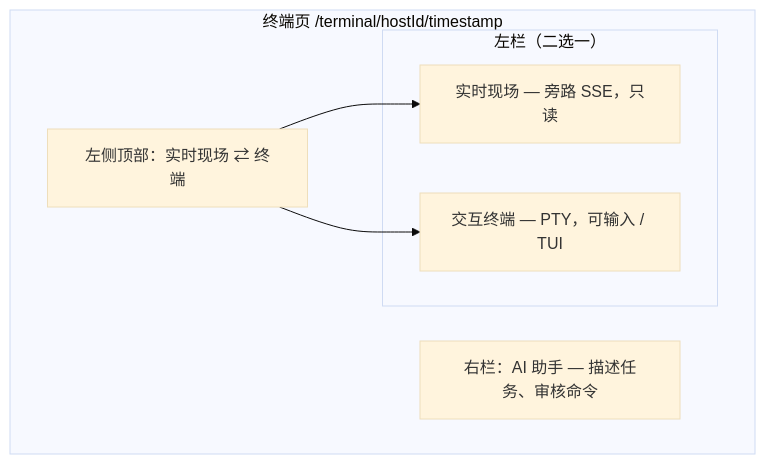
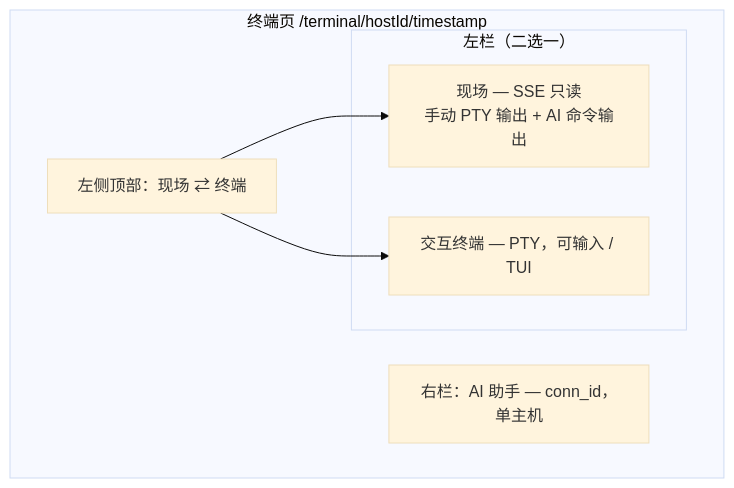
One commit to reactphp-x/web-ssh changed the second of 5 diagrams in README.md. Above: the diagram before and after it, drawn with Mermaid (base theme). The commit also changed other lines of this file and 2 other files, not shown here.

First line of the commit message:
Update README architecture docs and add AI session column splitter.

````diff
--- a/README.md
+++ b/README.md
@@ -84,13 +100,13 @@
 ```mermaid
 flowchart TB
     subgraph Page["终端页 /terminal/hostId/timestamp"]
-        SW["左侧顶部：实时现场 ⇄ 终端"]
+        SW["左侧顶部：现场 ⇄ 终端"]
         subgraph Left["左栏（二选一）"]
-            LIVE["实时现场 — 旁路 SSE，只读"]
+            FIELD["现场 — SSE 只读<br/>手动 PTY 输出 + AI 命令输出"]
             TERM["交互终端 — PTY，可输入 / TUI"]
         end
-        AI["右栏：AI 助手 — 描述任务、审核命令"]
+        AI["右栏：AI 助手 — conn_id，单主机"]
     end
-    SW --> LIVE
+    SW --> FIELD
     SW --> TERM
 ```
````
